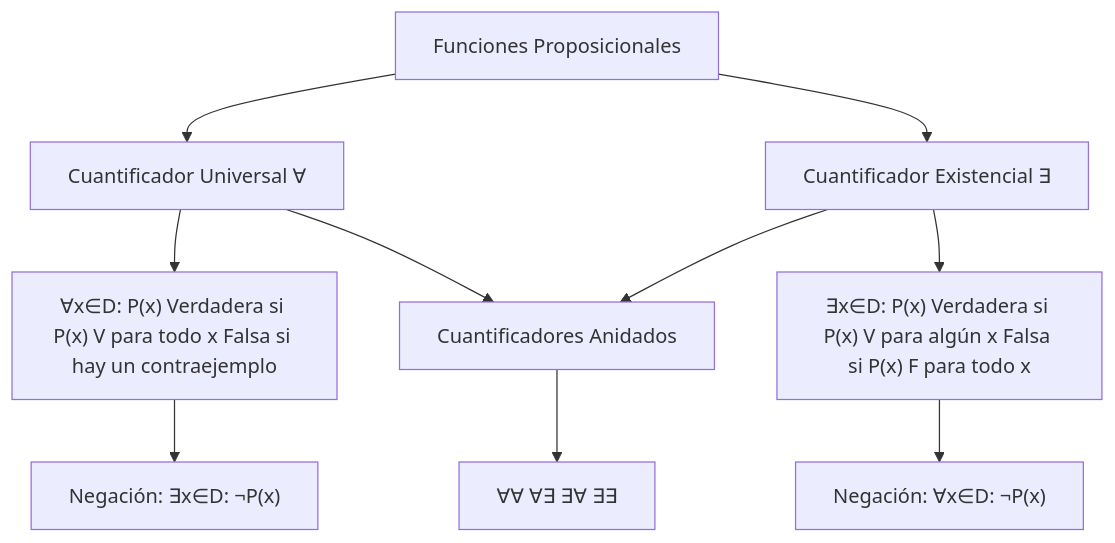
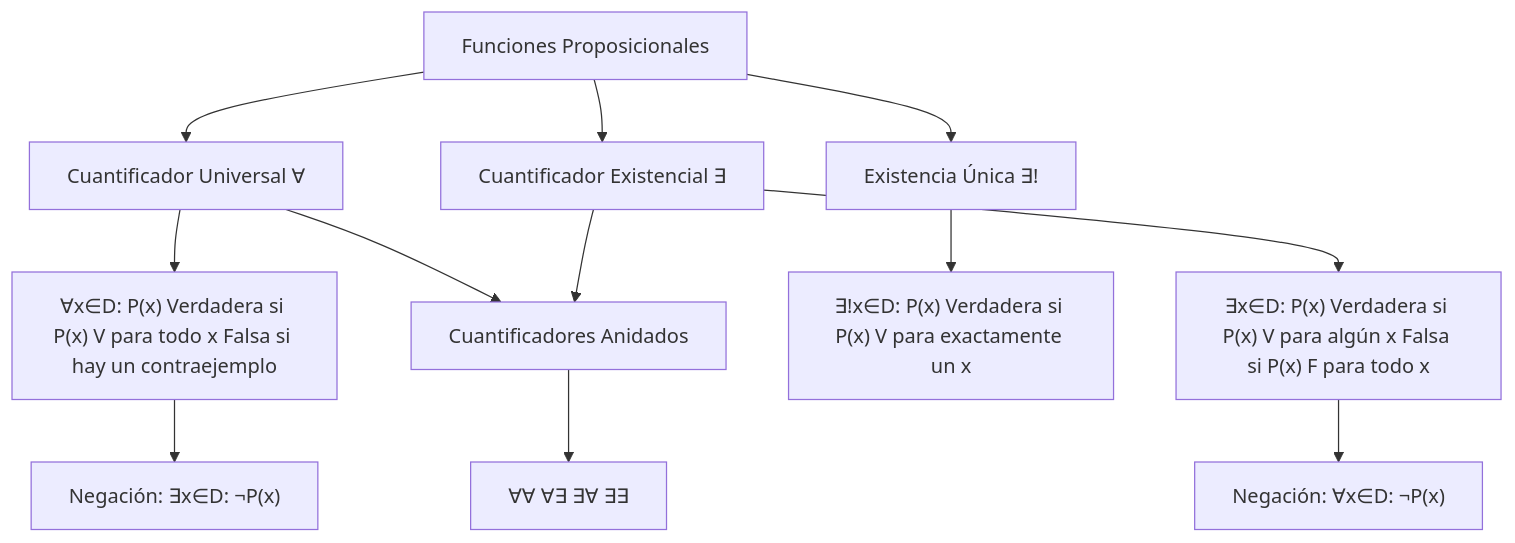
One commit to Fsteven22/Notas-ESPOL changed the diagram in src/site/notes/Universidad/3er Semestre/Matemáticas Discretas/Unidad 1 - Logica y Conjuntos/II - Álgebra Proposicional/02 - Cuantificadores.md. Above: the diagram before and after it, drawn with Mermaid. The commit also changed other lines of this file and 76 other files, not shown here.

````diff
--- a/src/site/notes/Universidad/3er Semestre/Matemáticas Discretas/Unidad 1 - Logica y Conjuntos/II - Álgebra Proposicional/02 - Cuantificadores.md
+++ b/src/site/notes/Universidad/3er Semestre/Matemáticas Discretas/Unidad 1 - Logica y Conjuntos/II - Álgebra Proposicional/02 - Cuantificadores.md
@@ -302,16 +352,18 @@
 ```mermaid
 graph TD
     A[Funciones Proposicionales] --> B[Cuantificador Universal ∀]
     A --> C[Cuantificador Existencial ∃]
+    A --> U[Existencia Única ∃!]
     
     B --> D["∀x∈D: P(x) Verdadera si P(x) V para todo x Falsa si hay un contraejemplo"]
     C --> E["∃x∈D: P(x) Verdadera si P(x) V para algún x Falsa si P(x) F para todo x"]
+    U --> V["∃!x∈D: P(x) Verdadera si P(x) V para exactamente un x"]
     
     D --> F["Negación: ∃x∈D: ¬P(x)"]
     E --> G["Negación: ∀x∈D: ¬P(x)"]
     
     B --> H[Cuantificadores Anidados]
     C --> H
     H --> I[∀∀ ∀∃ ∃∀ ∃∃]
     
 ```
````
